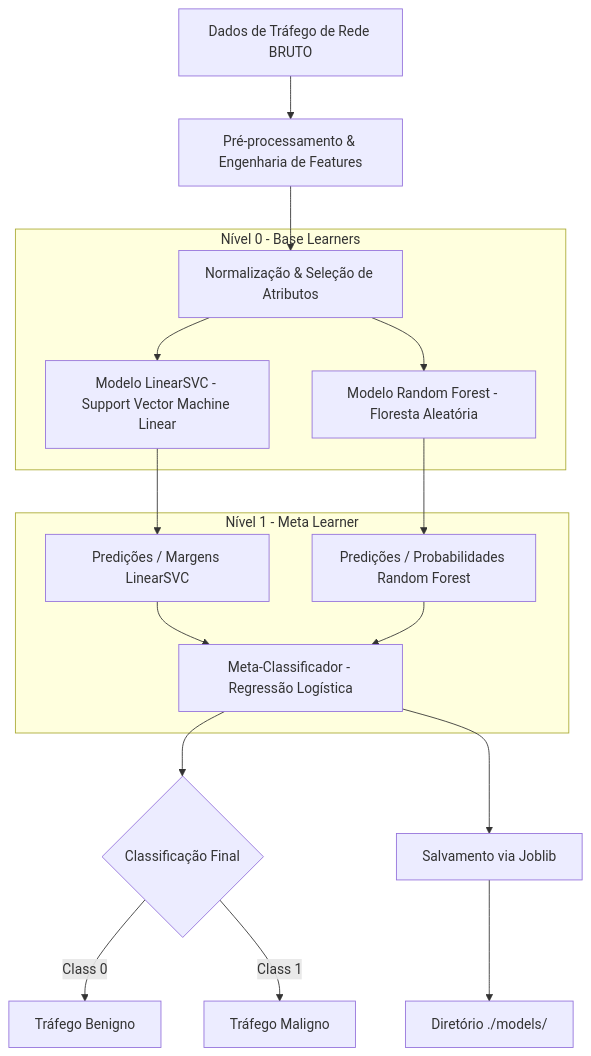
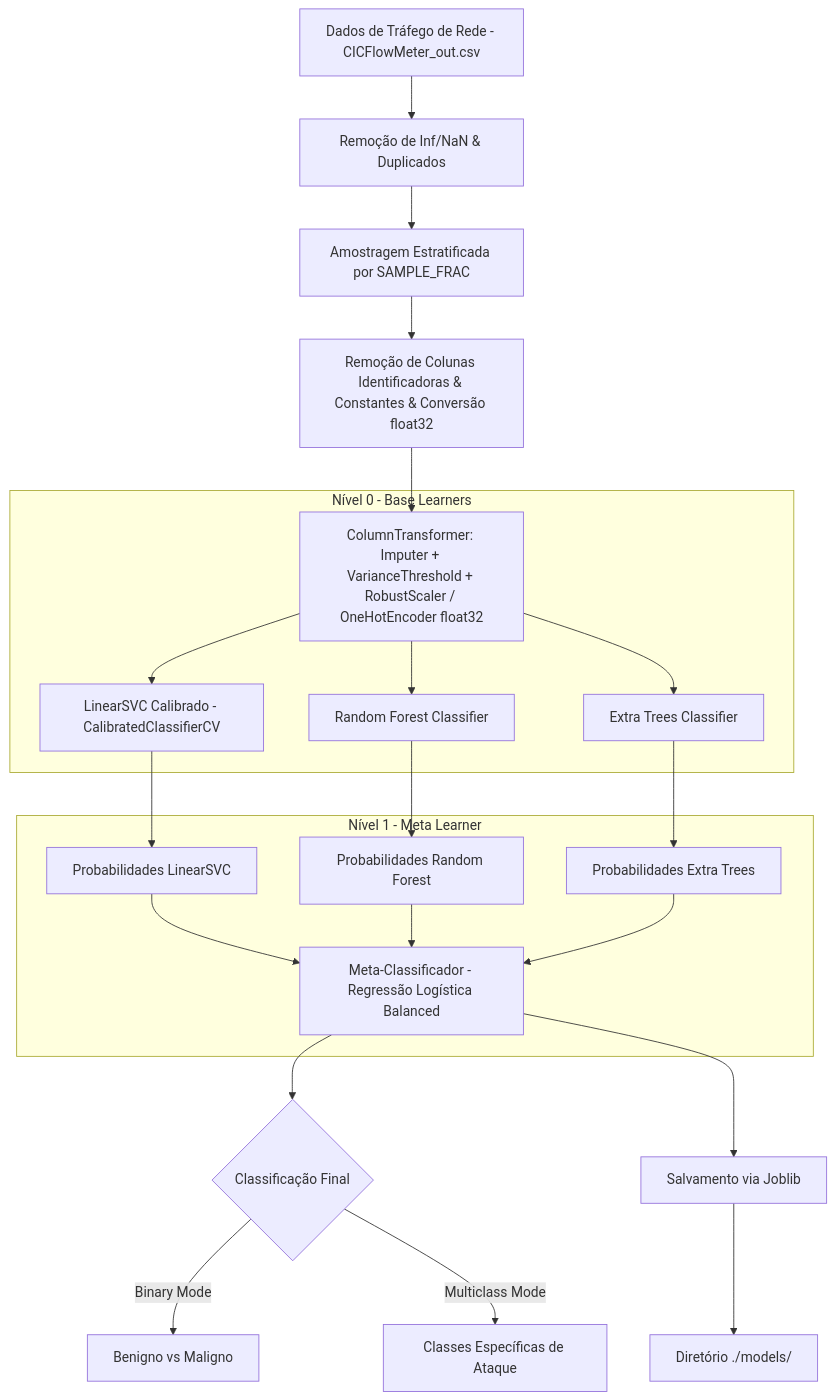
One commit to yyggrasil/AIDS changed the first of 2 diagrams in specs/architecture.md. Above: the diagram before and after it, drawn with Mermaid. The commit also changed other lines of this file and 28 other files, not shown here.

````diff
--- a/specs/architecture.md
+++ b/specs/architecture.md
@@ -41,24 +57,29 @@
 ```mermaid
 flowchart TD
-    A[Dados de Tráfego de Rede BRUTO] --> B[Pré-processamento & Engenharia de Features]
-    B --> C[Normalização & Seleção de Atributos]
-    
+    A[Dados de Tráfego de Rede - CICFlowMeter_out.csv] --> B[Remoção de Inf/NaN & Duplicados]
+    B --> C[Amostragem Estratificada por SAMPLE_FRAC]
+    C --> D[Remoção de Colunas Identificadoras & Constantes & Conversão float32]
+    D --> E[ColumnTransformer: Imputer + VarianceThreshold + RobustScaler / OneHotEncoder float32]
+
     subgraph Nível 0 - Base Learners
-        C --> D[Modelo LinearSVC - Support Vector Machine Linear]
-        C --> E[Modelo Random Forest - Floresta Aleatória]
+        E --> F[LinearSVC Calibrado - CalibratedClassifierCV]
+        E --> G[Random Forest Classifier]
+        E --> H[Extra Trees Classifier]
     end
 
-    D --> F[Predições / Margens LinearSVC]
-    E --> G[Predições / Probabilidades Random Forest]
+    F --> I[Probabilidades LinearSVC]
+    G --> J[Probabilidades Random Forest]
+    H --> K[Probabilidades Extra Trees]
 
     subgraph Nível 1 - Meta Learner
-        F --> H[Meta-Classificador - Regressão Logística]
-        G --> H
+        I --> L[Meta-Classificador - Regressão Logística Balanced]
+        J --> L
+        K --> L
     end
 
-    H --> I{Classificação Final}
-    I -->|Class 0| J[Tráfego Benigno]
-    I -->|Class 1| K[Tráfego Maligno]
+    L --> M{Classificação Final}
+    M -->|Binary Mode| N[Benigno vs Maligno]
+    M -->|Multiclass Mode| O[Classes Específicas de Ataque]
 
-    H --> L[Salvamento via Joblib] --> M[Diretório ./models/]
+    L --> P[Salvamento via Joblib] --> Q[Diretório ./models/]
 ```
````
